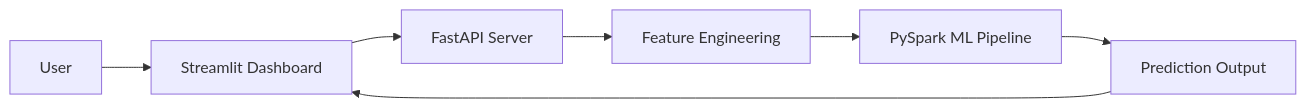
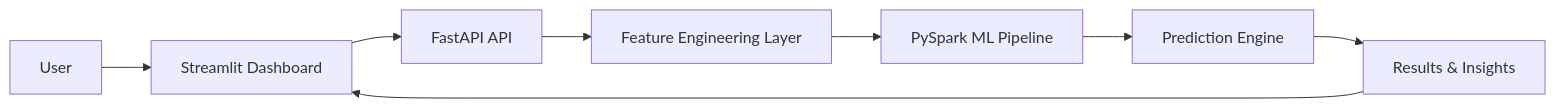
One commit to Kiran-id10/fraud-detection-system changed the diagram in README.md. Above: the diagram before and after it, drawn with Mermaid. The commit also changed other lines of this file, not shown here.

````diff
--- a/README.md
+++ b/README.md
@@ -86,9 +119,10 @@
 ```mermaid
 flowchart LR
     A[User] --> B[Streamlit Dashboard]
-    B --> C[FastAPI Server]
-    C --> D[Feature Engineering]
+    B --> C[FastAPI API]
+    C --> D[Feature Engineering Layer]
     D --> E[PySpark ML Pipeline]
-    E --> F[Prediction Output]
-    F --> B
+    E --> F[Prediction Engine]
+    F --> G[Results & Insights]
+    G --> B
 ```
````
